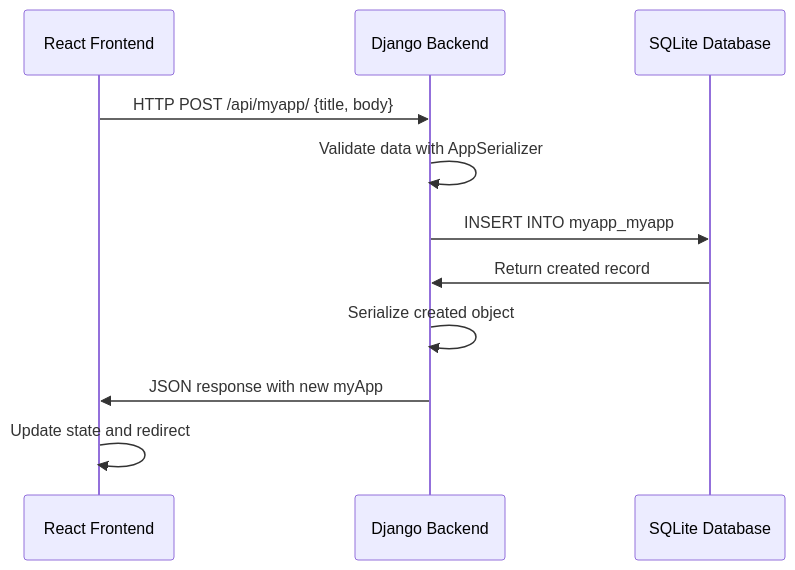
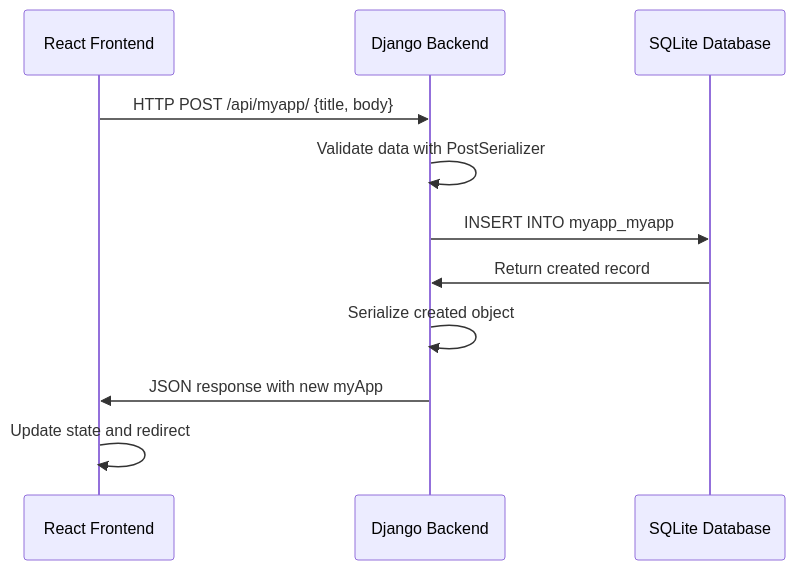
The eighth of 9 diagrams in .qoder/quests/design-document.md (josevitor555/first-django-react), drawn with Mermaid before and after one commit. The commit also changed other lines of this file, not shown here.

````diff
--- a/.qoder/quests/design-document.md
+++ b/.qoder/quests/design-document.md
@@ -283,14 +287,14 @@
 ```mermaid
 sequenceDiagram
     participant R as React Frontend
     participant D as Django Backend
     participant DB as SQLite Database
     
     R->>D: HTTP POST /api/myapp/ {title, body}
-    D->>D: Validate data with AppSerializer
+    D->>D: Validate data with PostSerializer
     D->>DB: INSERT INTO myapp_myapp
     DB->>D: Return created record
     D->>D: Serialize created object
     D->>R: JSON response with new myApp
     R->>R: Update state and redirect
 ```
````
